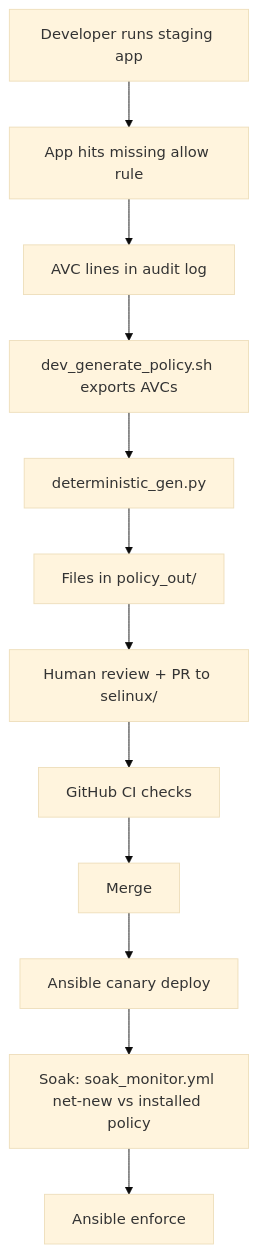
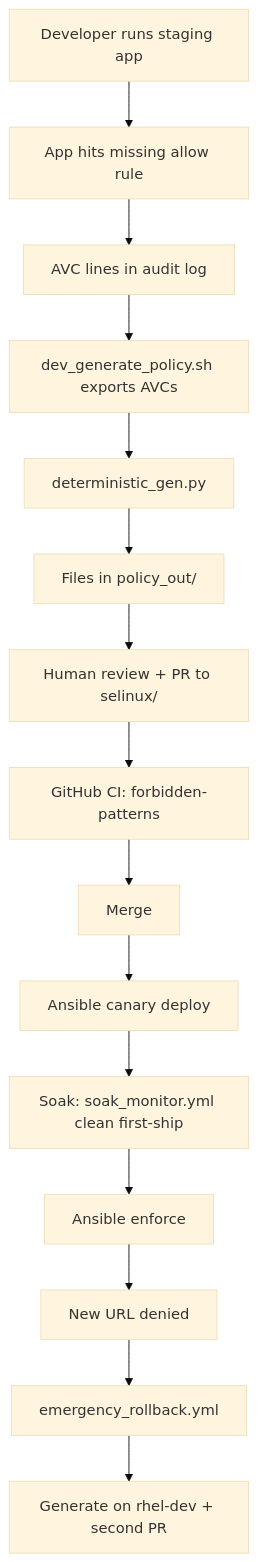
Before and after one commit to anurag-saran/selinux-demo: the diagram in docs/training/CODE_WALKTHROUGH.md, drawn with Mermaid (base theme). The commit also changed other lines of this file and 33 other files, not shown here.

First line of the commit message:
Ship the two-host customer talk: generate, clean soak, outage, rollback.

````diff
--- a/docs/training/CODE_WALKTHROUGH.md
+++ b/docs/training/CODE_WALKTHROUGH.md
@@ -74,14 +74,17 @@
 ```mermaid
 flowchart TD
   A[Developer runs staging app] --> B[App hits missing allow rule]
   B --> C[AVC lines in audit log]
   C --> D[dev_generate_policy.sh exports AVCs]
   D --> E[deterministic_gen.py]
   E --> F[Files in policy_out/]
   F --> G[Human review + PR to selinux/]
-  G --> H[GitHub CI checks]
+  G --> H[GitHub CI: forbidden-patterns]
   H --> I[Merge]
   I --> J[Ansible canary deploy]
-  J --> K[Soak: soak_monitor.yml net-new vs installed policy]
+  J --> K[Soak: soak_monitor.yml clean first-ship]
   K --> L[Ansible enforce]
+  L --> M[New URL denied]
+  M --> N[emergency_rollback.yml]
+  N --> O[Generate on rhel-dev + second PR]
 ```
````
